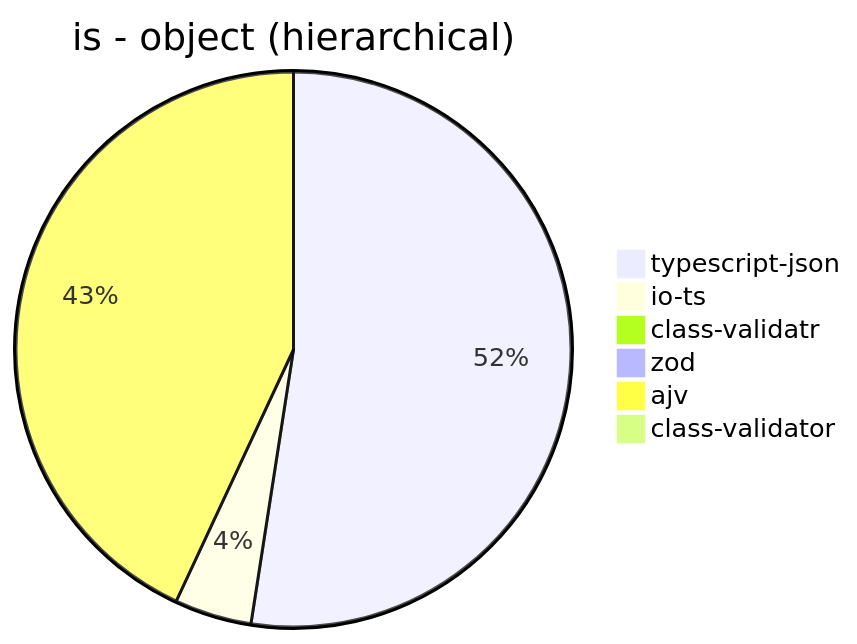
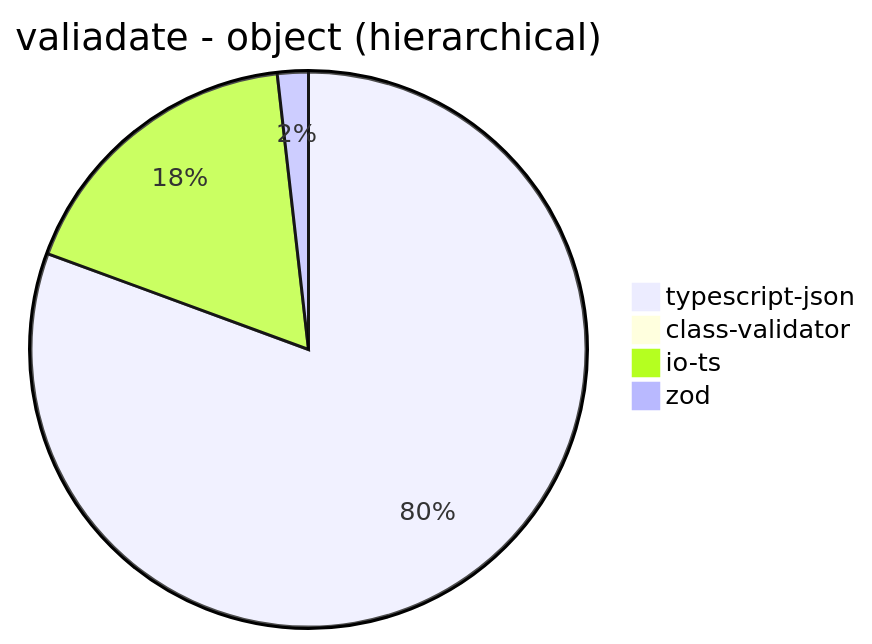
The ninth of 32 diagrams in benchmark/results/AMD Ryzen 7 5800H with Radeon Graphics.md (samchon/typia), drawn with Mermaid before and after one commit. The commit also changed other lines of this file and 14 other files, not shown here.

Commit message:
Close #243 and Fix #244 - enhance json schema

````diff
--- a/benchmark/results/AMD Ryzen 7 5800H with Radeon Graphics.md
+++ b/benchmark/results/AMD Ryzen 7 5800H with Radeon Graphics.md
@@ -110,9 +118,7 @@
 ```mermaid
-pie title is - object (hierarchical)
-  "typescript-json": 103094.61187214612
-  "io-ts": 8830.181818181818
-  "class-validatr": 0
-  "zod": 396.7046894803549
-  "ajv": 84632.11125158028
-  "class-validator": 99.04970760233917
+pie title valiadate - object (hierarchical)
+  "typescript-json": 17908.1462237892
+  "class-validator": 100.67232837933474
+  "io-ts": 3909.240021869874
+  "zod": 400.07443245254933
 ```
````
